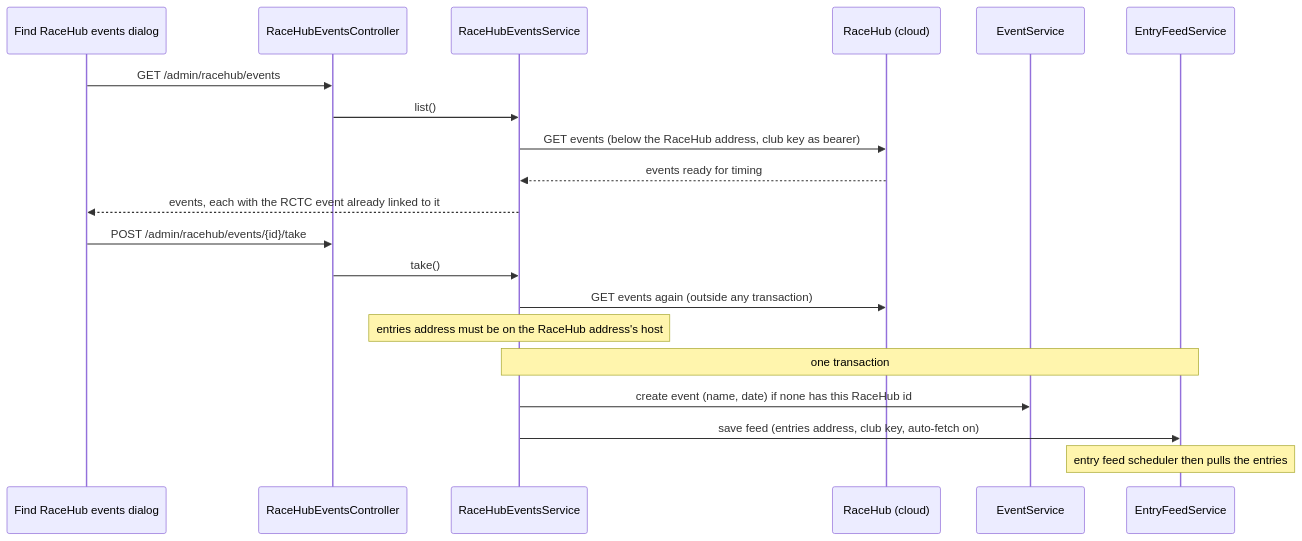
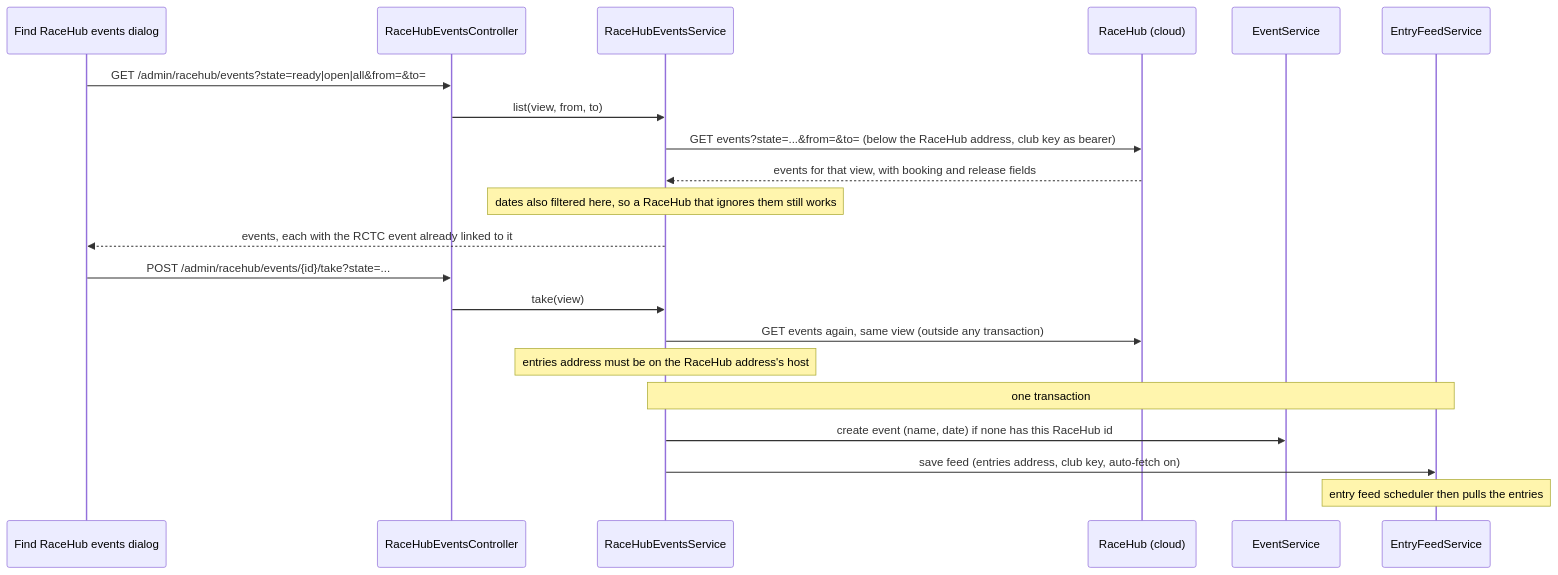
Diagram 15 of 16 in docs/developer/sequences.md (RCRaceHub/RCTimingControl), drawn with Mermaid before and after one commit. The commit also changed other lines of this file and 38 other files, not shown here.

First line of the commit message:
Import RaceHub events open for sign-up, with update button and due-based polling (#834)

````diff
--- a/docs/developer/sequences.md
+++ b/docs/developer/sequences.md
@@ -449,22 +449,23 @@
 ```mermaid
 sequenceDiagram
     participant UI as Find RaceHub events dialog
     participant C as RaceHubEventsController
     participant S as RaceHubEventsService
     participant RH as RaceHub (cloud)
     participant ES as EventService
     participant FS as EntryFeedService
-    UI->>C: GET /admin/racehub/events
-    C->>S: list()
-    S->>RH: GET events (below the RaceHub address, club key as bearer)
-    RH-->>S: events ready for timing
+    UI->>C: GET /admin/racehub/events?state=ready|open|all&from=&to=
+    C->>S: list(view, from, to)
+    S->>RH: GET events?state=...&from=&to= (below the RaceHub address, club key as bearer)
+    RH-->>S: events for that view, with booking and release fields
+    Note over S: dates also filtered here, so a RaceHub that ignores them still works
     S-->>UI: events, each with the RCTC event already linked to it
-    UI->>C: POST /admin/racehub/events/{id}/take
-    C->>S: take()
-    S->>RH: GET events again (outside any transaction)
+    UI->>C: POST /admin/racehub/events/{id}/take?state=...
+    C->>S: take(view)
+    S->>RH: GET events again, same view (outside any transaction)
     Note over S: entries address must be on the RaceHub address's host
     Note over S,FS: one transaction
     S->>ES: create event (name, date) if none has this RaceHub id
     S->>FS: save feed (entries address, club key, auto-fetch on)
     Note over FS: entry feed scheduler then pulls the entries
 ```
````
